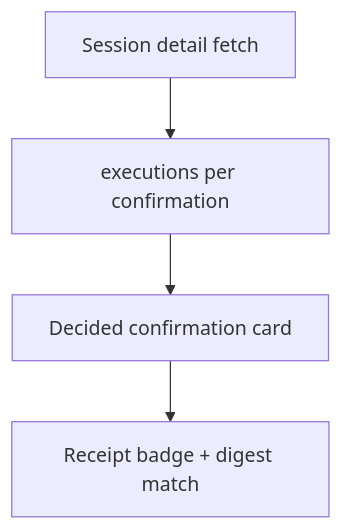
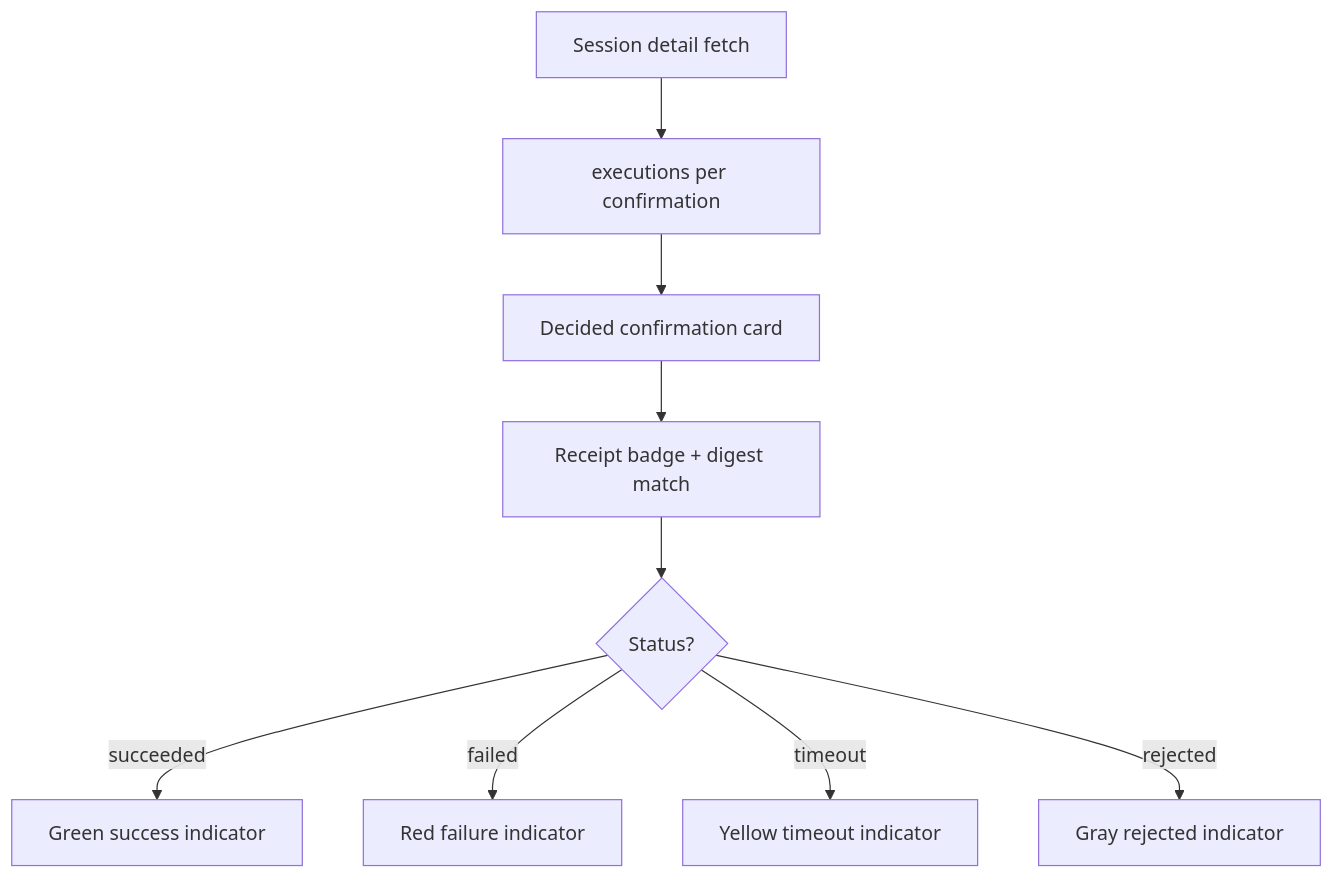
The seventh of 8 diagrams in .qoder/repowiki/en/content/Architecture Documentation/SPEC-037_ Signed Execution Requests and Receipts.md (metasync/luban-aiops), drawn with Mermaid before and after one commit. The commit also changed other lines of this file and 27 other files, not shown here.

````diff
--- a/.qoder/repowiki/en/content/Architecture Documentation/SPEC-037_ Signed Execution Requests and Receipts.md
+++ b/.qoder/repowiki/en/content/Architecture Documentation/SPEC-037_ Signed Execution Requests and Receipts.md
@@ -247,6 +288,11 @@
 ```mermaid
 flowchart TD
 Fetch["Session detail fetch"] --> ExecArray["executions per confirmation"]
 ExecArray --> Card["Decided confirmation card"]
 Card --> Badge["Receipt badge + digest match"]
+Badge --> Status{"Status?"}
+Status --> |succeeded| Success["Green success indicator"]
+Status --> |failed| Failed["Red failure indicator"]
+Status --> |timeout| Timeout["Yellow timeout indicator"]
+Status --> |rejected| Rejected["Gray rejected indicator"]
 ```
````
